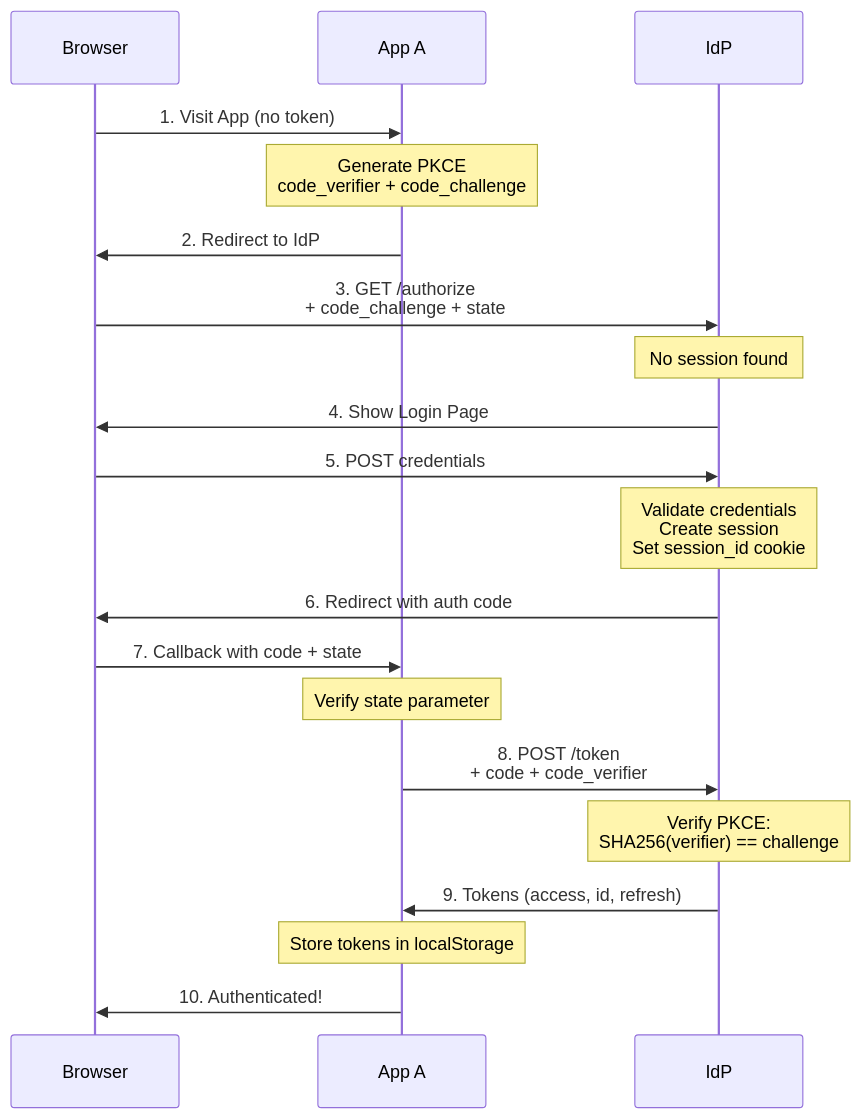
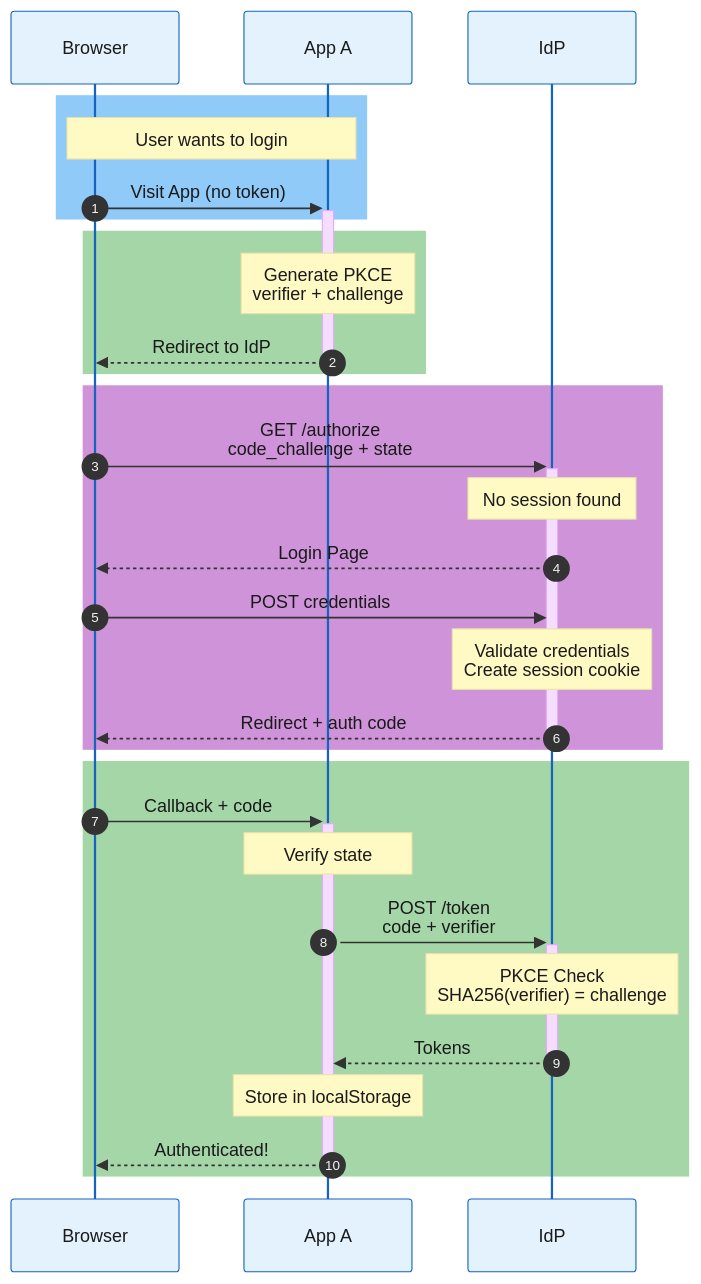
Before and after one commit to ioannis-psomadelis/sso-app: the second of 10 diagrams in docs/diagrams/DIAGRAMS_MERMAID.md, drawn with Mermaid. The commit also changed other lines of this file, not shown here.

First line of the commit message:
Improve Mermaid diagrams readability

````diff
--- a/docs/diagrams/DIAGRAMS_MERMAID.md
+++ b/docs/diagrams/DIAGRAMS_MERMAID.md
@@ -47,35 +47,38 @@
 ```mermaid
+%%{init: {'theme': 'base', 'themeVariables': { 'actorTextColor': '#1a1a1a', 'signalTextColor': '#1a1a1a', 'noteTextColor': '#1a1a1a', 'noteBkgColor': '#fff9c4', 'actorBkg': '#e3f2fd', 'actorBorder': '#1565c0' }}}%%
 sequenceDiagram
+    autonumber
+
     participant U as Browser
     participant A as App A
     participant IDP as IdP
 
-    U->>A: 1. Visit App (no token)
+    rect rgb(144, 202, 249)
+        Note over U,A: User wants to login
+        U->>+A: Visit App (no token)
+    end
 
-    Note over A: Generate PKCE<br/>code_verifier + code_challenge
+    rect rgb(165, 214, 167)
+        Note over A: Generate PKCE<br/>verifier + challenge
+        A-->>-U: Redirect to IdP
+    end
 
-    A->>U: 2. Redirect to IdP
-    U->>IDP: 3. GET /authorize<br/>+ code_challenge + state
+    rect rgb(206, 147, 216)
+        U->>+IDP: GET /authorize<br/>code_challenge + state
+        Note over IDP: No session found
+        IDP-->>U: Login Page
+        U->>IDP: POST credentials
+        Note over IDP: Validate credentials<br/>Create session cookie
+        IDP-->>-U: Redirect + auth code
+    end
 
-    Note over IDP: No session found
-
-    IDP->>U: 4. Show Login Page
-    U->>IDP: 5. POST credentials
-
-    Note over IDP: Validate credentials<br/>Create session<br/>Set session_id cookie
-
-    IDP->>U: 6. Redirect with auth code
-    U->>A: 7. Callback with code + state
-
-    Note over A: Verify state parameter
-
-    A->>IDP: 8. POST /token<br/>+ code + code_verifier
-
-    Note over IDP: Verify PKCE:<br/>SHA256(verifier) == challenge
-
-    IDP->>A: 9. Tokens (access, id, refresh)
-
-    Note over A: Store tokens in localStorage
-
-    A->>U: 10. Authenticated!
+    rect rgb(165, 214, 167)
+        U->>+A: Callback + code
+        Note over A: Verify state
+        A->>+IDP: POST /token<br/>code + verifier
+        Note over IDP: PKCE Check<br/>SHA256(verifier) = challenge
+        IDP-->>-A: Tokens
+        Note over A: Store in localStorage
+        A-->>-U: Authenticated!
+    end
 ```
````
